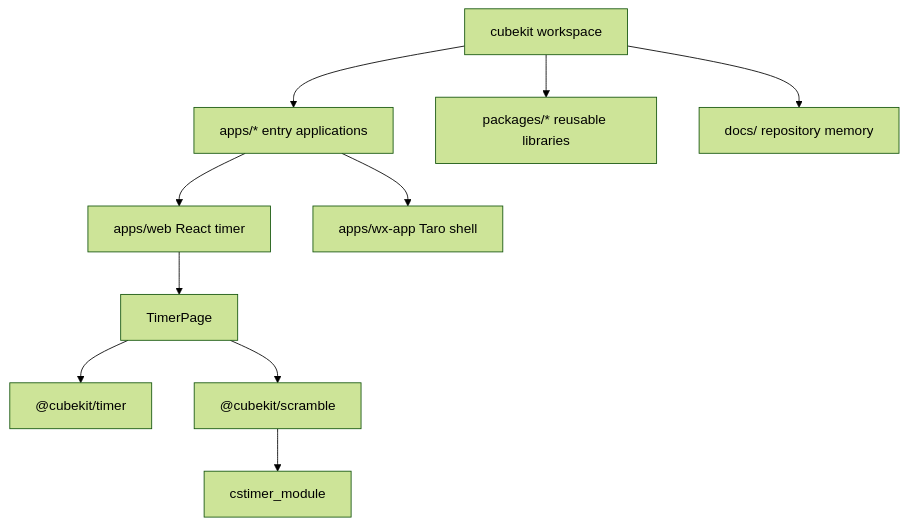
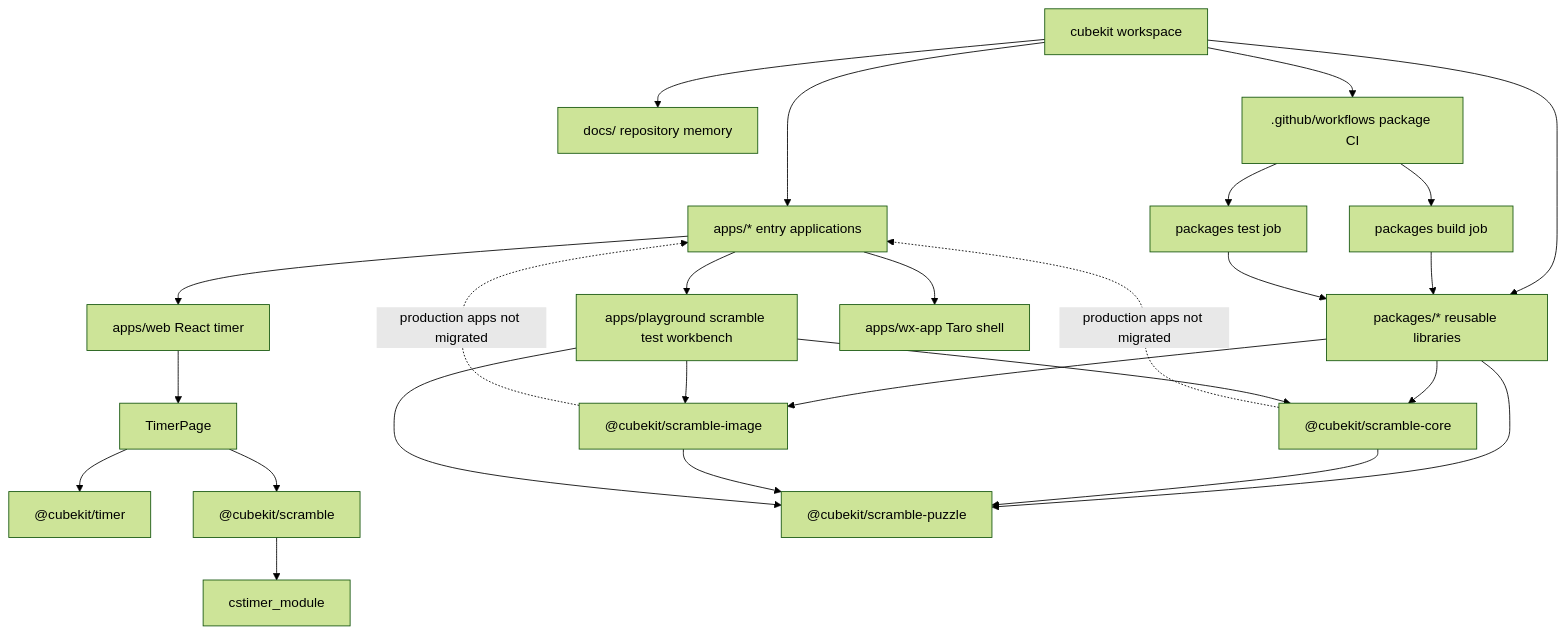
One commit to deweyou/cube-kit changed the diagram in docs/project-structure.md. Above: the diagram before and after it, drawn with Mermaid (forest theme). The commit also changed other lines of this file and 188 other files, not shown here.

First line of the commit message:
[codex] Add TNoodle-compatible scramble packages (#5)

````diff
--- a/docs/project-structure.md
+++ b/docs/project-structure.md
@@ -3,12 +3,28 @@
 ```mermaid
 flowchart TD
     Root["cubekit workspace"] --> Apps["apps/* entry applications"]
     Root --> Packages["packages/* reusable libraries"]
     Root --> Docs["docs/ repository memory"]
+    Root --> Ci[".github/workflows package CI"]
     Apps --> Web["apps/web React timer"]
+    Apps --> Playground["apps/playground scramble test workbench"]
     Apps --> Wx["apps/wx-app Taro shell"]
     Web --> TimerPage["TimerPage"]
     TimerPage --> TimerPkg["@cubekit/timer"]
     TimerPage --> ScramblePkg["@cubekit/scramble"]
     ScramblePkg --> Cstimer["cstimer_module"]
+    Packages --> PuzzlePkg["@cubekit/scramble-puzzle"]
+    Packages --> CorePkg["@cubekit/scramble-core"]
+    Packages --> ImagePkg["@cubekit/scramble-image"]
+    CorePkg --> PuzzlePkg
+    ImagePkg --> PuzzlePkg
+    Playground --> CorePkg
+    Playground --> ImagePkg
+    Playground --> PuzzlePkg
+    CorePkg -. "production apps not migrated" .-> Apps
+    ImagePkg -. "production apps not migrated" .-> Apps
+    Ci --> PackageBuild["packages build job"]
+    Ci --> PackageTest["packages test job"]
+    PackageBuild --> Packages
+    PackageTest --> Packages
 ```
````
